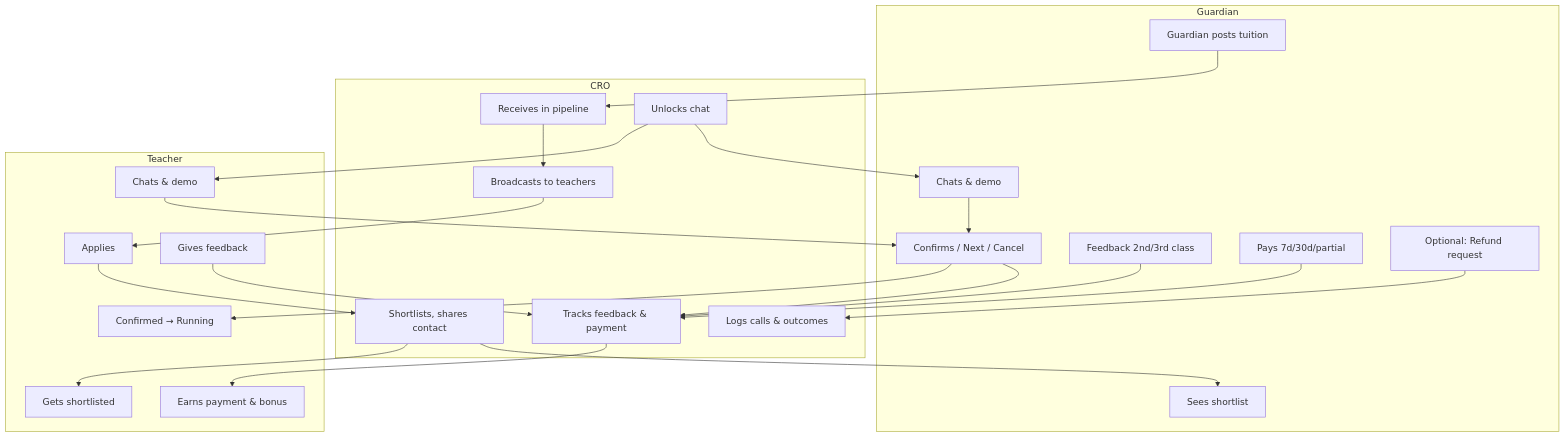
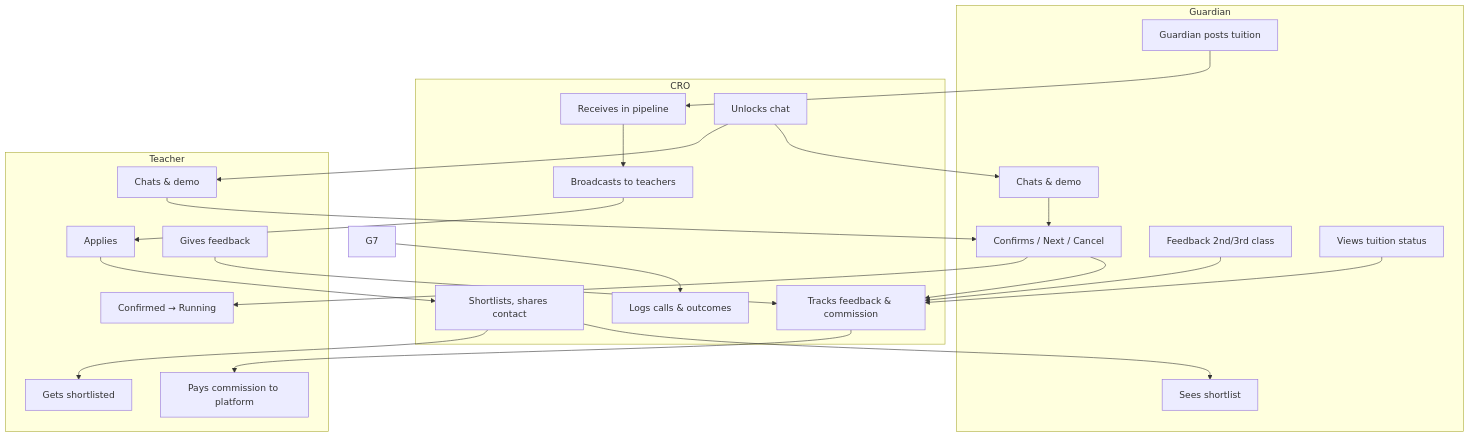
Before and after one commit to NeexG/bright-tutor-documentation: diagram 11 of 15 in README.md, drawn with Mermaid. The commit also changed other lines of this file, not shown here.

````diff
--- a/README.md
+++ b/README.md
@@ -1720,48 +1759,47 @@
 ```mermaid
 flowchart TD
   subgraph Guardian
     G1[Guardian posts tuition]
     G2[Sees shortlist]
     G3[Chats & demo]
     G4[Confirms / Next / Cancel]
     G5[Feedback 2nd/3rd class]
-    G6[Pays 7d/30d/partial]
-    G7[Optional: Refund request]
+    G6[Views tuition status]
   end
 
   subgraph CRO
     C1[Receives in pipeline]
     C2[Broadcasts to teachers]
     C3[Shortlists, shares contact]
     C4[Unlocks chat]
-    C5[Tracks feedback & payment]
+    C5[Tracks feedback & commission]
     C6[Logs calls & outcomes]
   end
 
   subgraph Teacher
     T1[Applies]
     T2[Gets shortlisted]
     T3[Chats & demo]
     T4[Confirmed → Running]
     T5[Gives feedback]
-    T6[Earns payment & bonus]
+    T6[Pays commission to platform]
   end
 
   G1 --> C1
   C1 --> C2
   C2 --> T1
   T1 --> C3
   C3 --> G2
   C3 --> T2
   C4 --> G3
   C4 --> T3
   G3 --> G4
   T3 --> G4
   G4 --> C5
   G4 --> T4
   G5 --> C5
   T5 --> C5
   G6 --> C5
   C5 --> T6
   G7 --> C6
 ```
````
